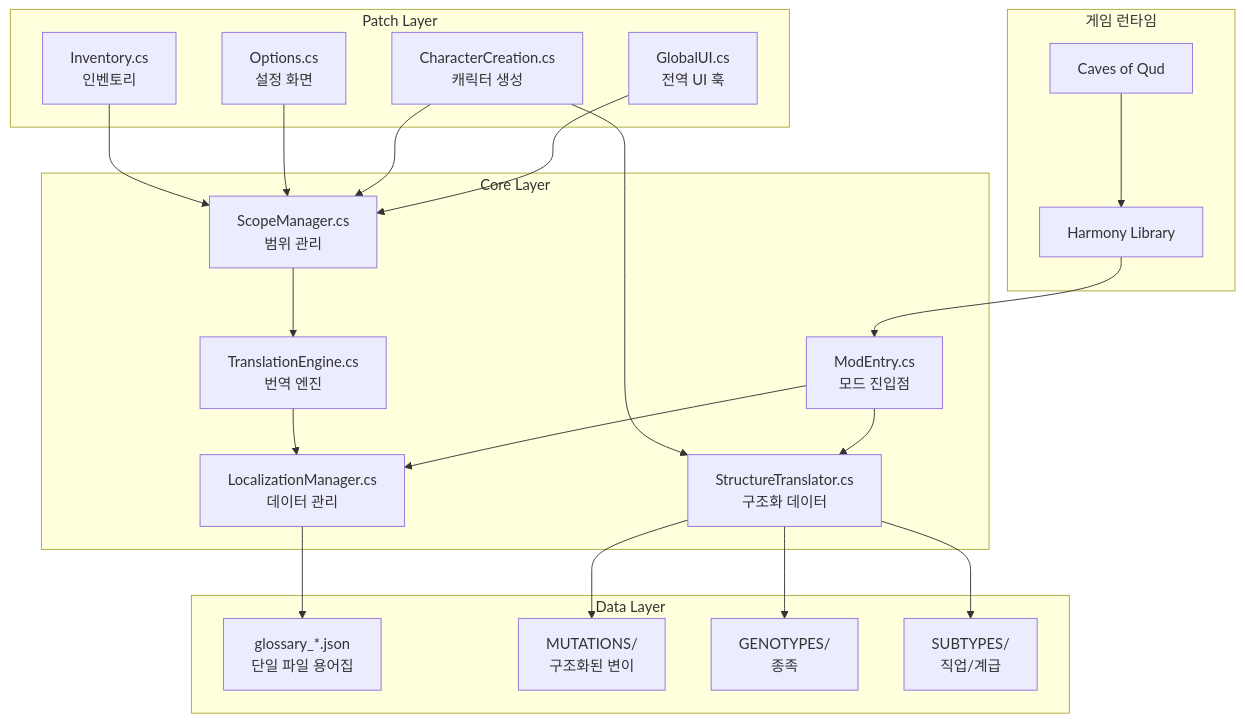
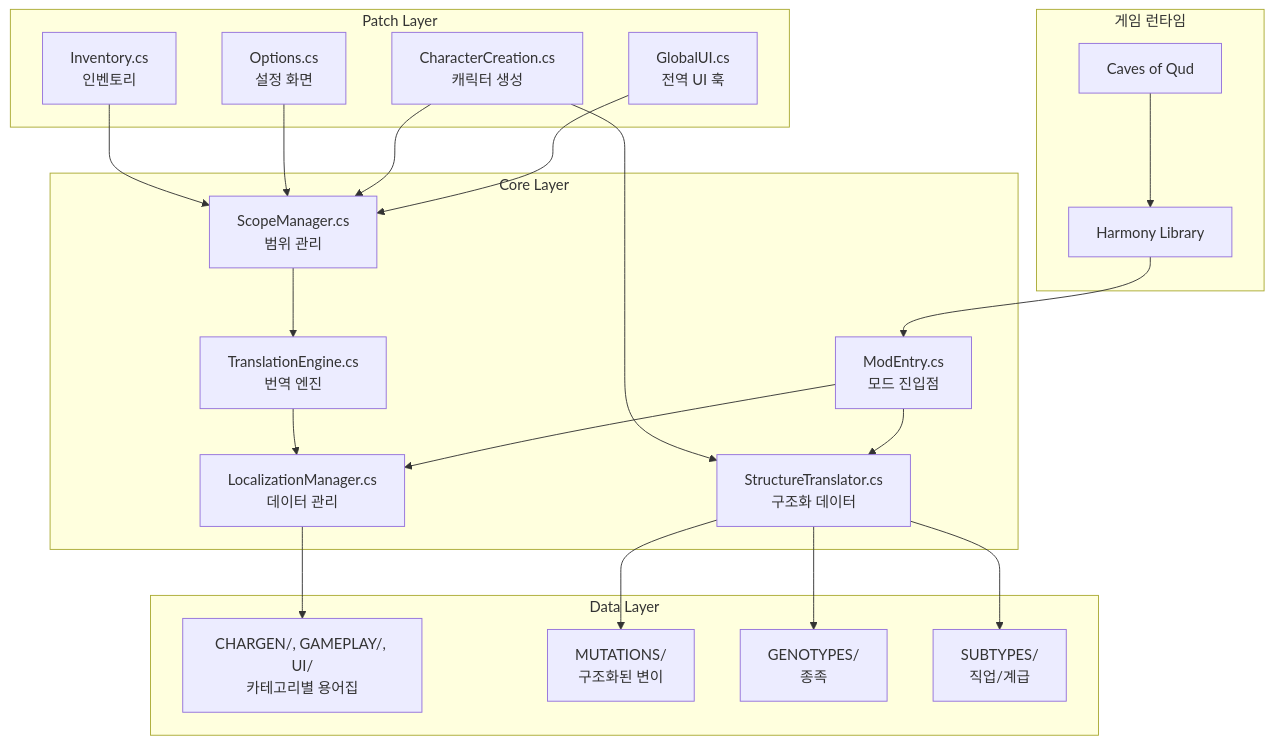
Before and after one commit to boramkim-cmd/korean_qud: the diagram in Docs/05_ARCHITECTURE.md, drawn with Mermaid. The commit also changed other lines of this file and 10 other files, not shown here.

````diff
--- a/Docs/05_ARCHITECTURE.md
+++ b/Docs/05_ARCHITECTURE.md
@@ -23,35 +23,35 @@
 ```mermaid
 flowchart TB
     subgraph "게임 런타임"
         G[Caves of Qud]
         H[Harmony Library]
     end
 
     subgraph "Core Layer"
         ME[ModEntry.cs<br/>모드 진입점]
         TE[TranslationEngine.cs<br/>번역 엔진]
         LM[LocalizationManager.cs<br/>데이터 관리]
         SM[ScopeManager.cs<br/>범위 관리]
         ST[StructureTranslator.cs<br/>구조화 데이터]
     end
 
     subgraph "Patch Layer"
         P1[GlobalUI.cs<br/>전역 UI 훅]
         P2[CharacterCreation.cs<br/>캐릭터 생성]
         P3[Options.cs<br/>설정 화면]
         P4[Inventory.cs<br/>인벤토리]
     end
 
     subgraph "Data Layer"
-        D1[glossary_*.json<br/>단일 파일 용어집]
+        D1[CHARGEN/, GAMEPLAY/, UI/<br/>카테고리별 용어집]
         D2[MUTATIONS/<br/>구조화된 변이]
         D3[GENOTYPES/<br/>종족]
         D4[SUBTYPES/<br/>직업/계급]
     end
 
     G --> H --> ME
     ME --> LM --> D1
     ME --> ST --> D2 & D3 & D4
     P1 & P2 & P3 & P4 --> SM --> TE --> LM
     P2 --> ST
 ```
````
